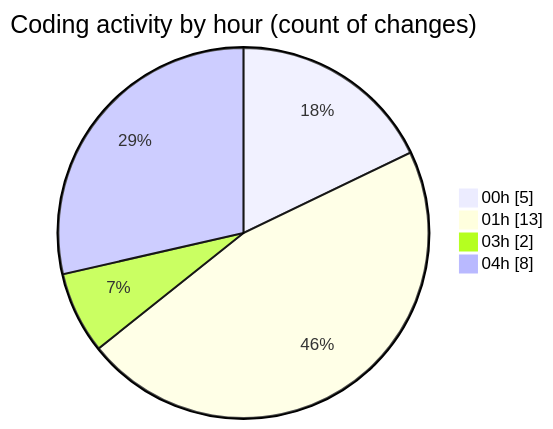
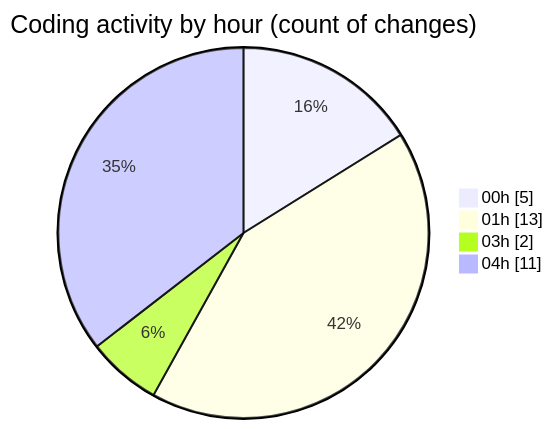
The second of 2 diagrams in 2026-02-27/shadcn-admin-kit-main__workspace_/README.md (jadenblack/code-tracking), drawn with Mermaid before and after one commit. The commit also changed other lines of this file and 1 other file, not shown here.

````diff
--- a/2026-02-27/shadcn-admin-kit-main__workspace_/README.md
+++ b/2026-02-27/shadcn-admin-kit-main__workspace_/README.md
@@ -40,8 +40,8 @@
 ```mermaid
 pie showData
 title Coding activity by hour (count of changes)
 "00h" : 5
 "01h" : 13
 "03h" : 2
-"04h" : 8
+"04h" : 11
 ```
````
